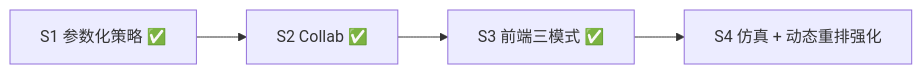
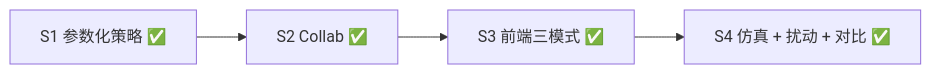
The sixth of 6 diagrams in README.md (earlymessi/metaforge_agent), drawn with Mermaid before and after one commit. The commit also changed other lines of this file and 5 other files, not shown here.

````diff
--- a/README.md
+++ b/README.md
@@ -218,6 +217,6 @@
 ```mermaid
 flowchart LR
     S1[S1 参数化策略 ✅] --> S2[S2 Collab ✅]
     S2 --> S3[S3 前端三模式 ✅]
-    S3 --> S4[S4 仿真 + 动态重排强化]
+    S3 --> S4[S4 仿真 + 扰动 + 对比 ✅]
 ```
````
